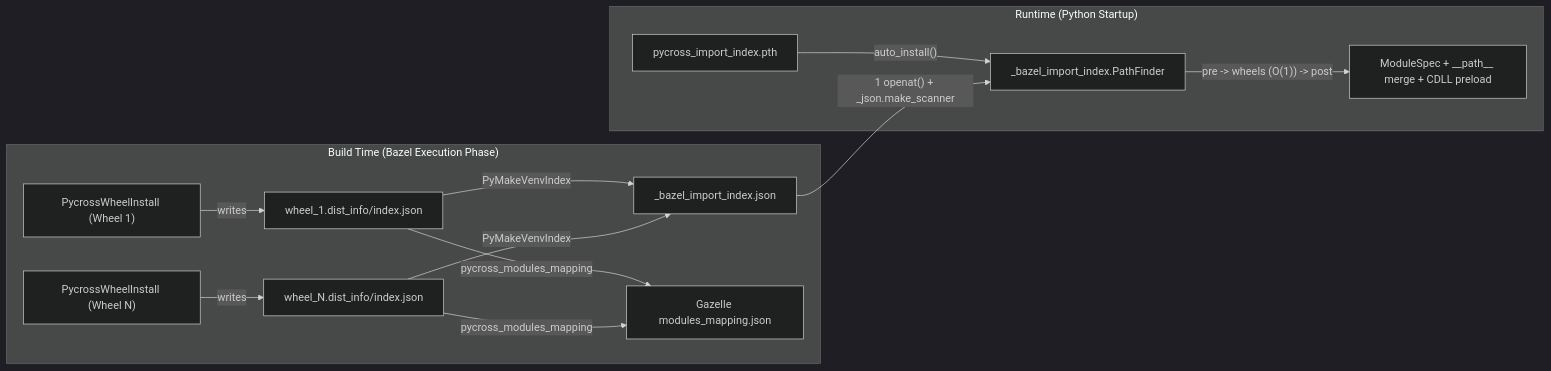
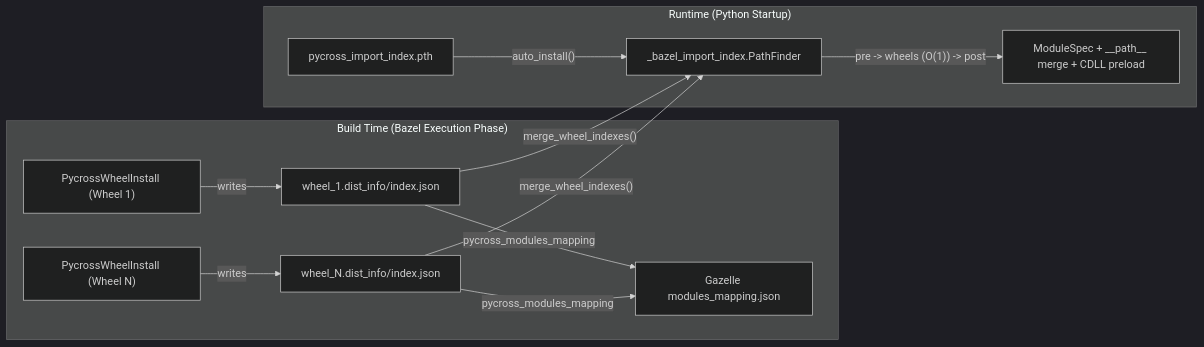
One commit to jvolkman/rules_pycross changed the diagram in docs/import_index.md. Above: the diagram before and after it, drawn with Mermaid (dark theme). The commit also changed other lines of this file and 2 other files, not shown here.

Commit message:
docs(import_index): document stock py_binary flow without wrapper rules

````diff
--- a/docs/import_index.md
+++ b/docs/import_index.md
@@ -33,15 +33,14 @@
 ```mermaid
 flowchart LR
     subgraph Build["Build Time (Bazel Execution Phase)"]
         W1["PycrossWheelInstall (Wheel 1)"] -->|"writes"| I1["wheel_1.dist_info/index.json"]
         W2["PycrossWheelInstall (Wheel N)"] -->|"writes"| I2["wheel_N.dist_info/index.json"]
-        I1 & I2 -->|"PyMakeVenvIndex"| M["_bazel_import_index.json"]
         I1 & I2 -->|"pycross_modules_mapping"| G["Gazelle modules_mapping.json"]
     end
 
     subgraph Runtime["Runtime (Python Startup)"]
         PTH["pycross_import_index.pth"] -->|"auto_install()"| PF["_bazel_import_index.PathFinder"]
-        M -->|"1 openat() + _json.make_scanner"| PF
+        I1 & I2 -->|"merge_wheel_indexes()"| PF
         PF -->|"pre -> wheels (O(1)) -> post"| IMP["ModuleSpec + __path__ merge + CDLL preload"]
     end
 ```
````
